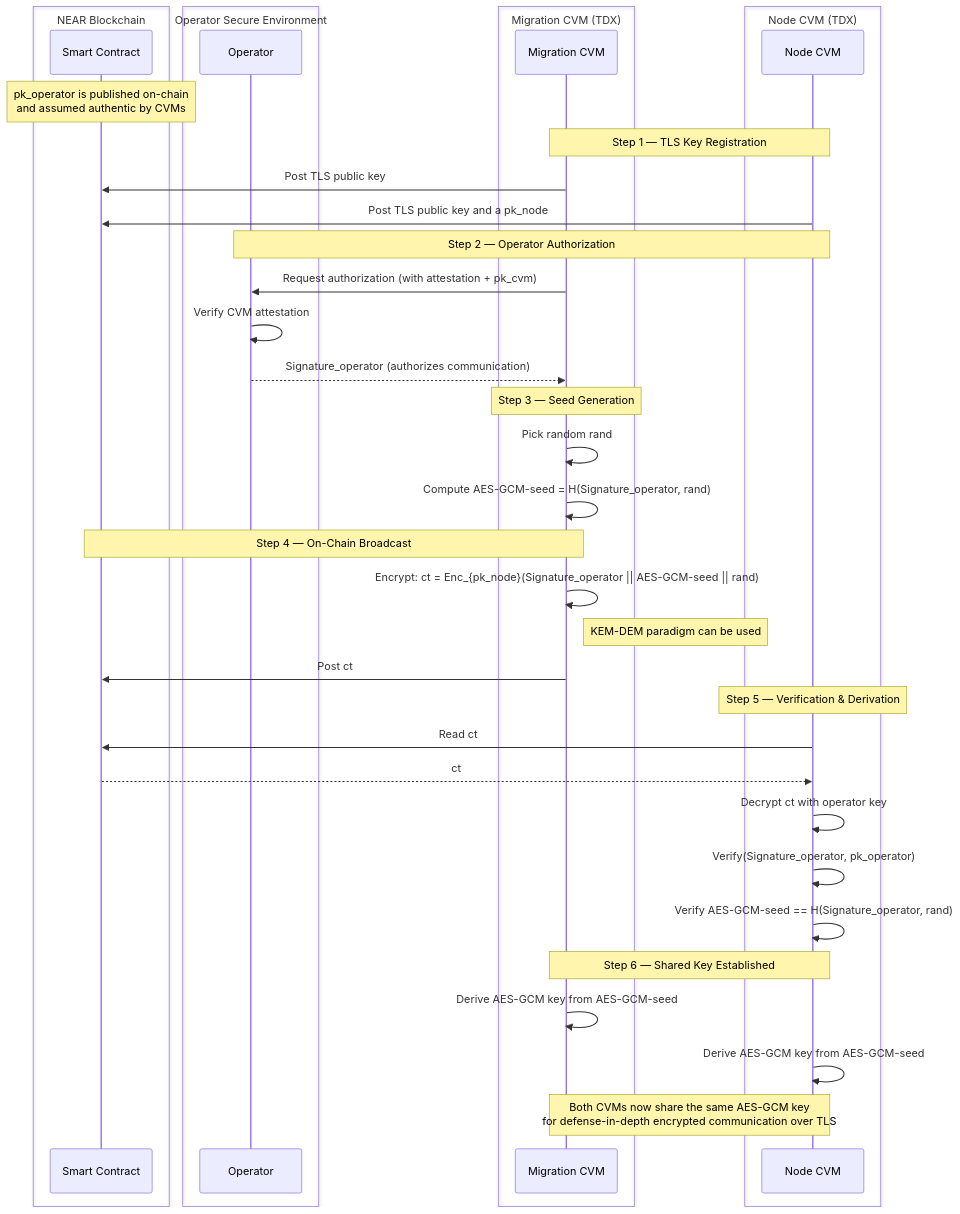
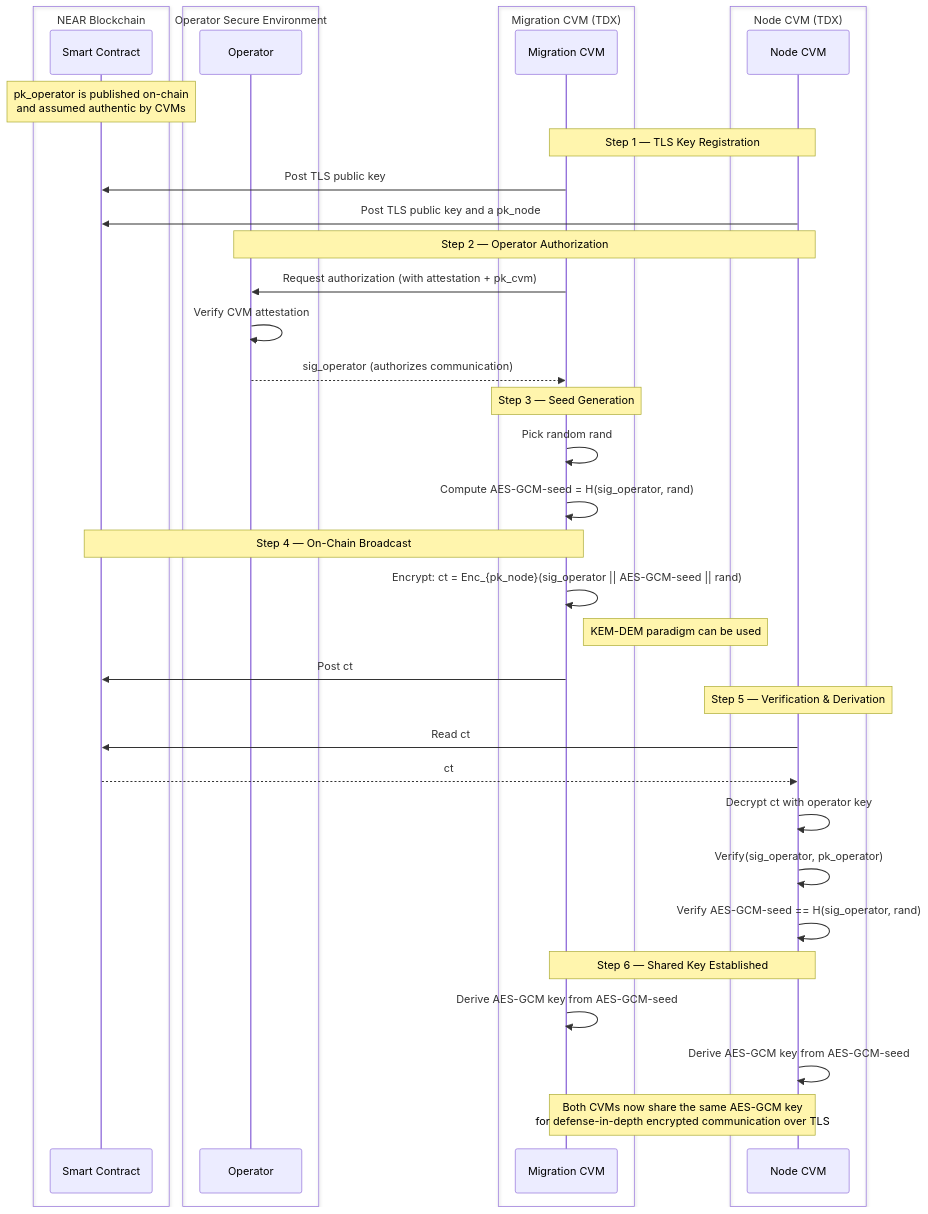
One commit to near/mpc changed the fourth of 5 diagrams in docs/threat-model-diagram.md. Above: the diagram before and after it, drawn with Mermaid. The commit also changed other lines of this file, not shown here.

````diff
--- a/docs/threat-model-diagram.md
+++ b/docs/threat-model-diagram.md
@@ -369,47 +369,47 @@
 ```mermaid
 sequenceDiagram
     box NEAR Blockchain
         participant BC as Smart Contract
     end
     box Operator Secure Environment
         participant OP as Operator
     end
     box Migration CVM (TDX)
         participant MIG as Migration CVM
     end
     box Node CVM (TDX)
         participant NODE as Node CVM
     end
 
     Note over BC: pk_operator is published on-chain<br/>and assumed authentic by CVMs
 
     Note over MIG,NODE: Step 1 — TLS Key Registration
     MIG ->> BC: Post TLS public key
     NODE ->> BC: Post TLS public key and a pk_node
 
     Note over OP,NODE: Step 2 — Operator Authorization
     MIG ->> OP: Request authorization (with attestation + pk_cvm)
     OP ->> OP: Verify CVM attestation
-    OP -->> MIG: Signature_operator (authorizes communication)
+    OP -->> MIG: sig_operator (authorizes communication)
 
     Note over MIG: Step 3 — Seed Generation
     MIG ->> MIG: Pick random rand
-    MIG ->> MIG: Compute AES-GCM-seed = H(Signature_operator, rand)
+    MIG ->> MIG: Compute AES-GCM-seed = H(sig_operator, rand)
 
     Note over MIG,BC: Step 4 — On-Chain Broadcast
-    MIG ->> MIG: Encrypt: ct = Enc_{pk_node}(Signature_operator || AES-GCM-seed || rand)
+    MIG ->> MIG: Encrypt: ct = Enc_{pk_node}(sig_operator || AES-GCM-seed || rand)
     Note right of MIG: KEM-DEM paradigm can be used
     MIG ->> BC: Post ct
 
     Note over NODE: Step 5 — Verification & Derivation
     NODE ->> BC: Read ct
     BC -->> NODE: ct
     NODE ->> NODE: Decrypt ct with operator key
-    NODE ->> NODE: Verify(Signature_operator, pk_operator)
-    NODE ->> NODE: Verify AES-GCM-seed == H(Signature_operator, rand)
+    NODE ->> NODE: Verify(sig_operator, pk_operator)
+    NODE ->> NODE: Verify AES-GCM-seed == H(sig_operator, rand)
 
     Note over MIG,NODE: Step 6 — Shared Key Established
     MIG ->> MIG: Derive AES-GCM key from AES-GCM-seed
     NODE ->> NODE: Derive AES-GCM key from AES-GCM-seed
     Note over MIG,NODE: Both CVMs now share the same AES-GCM key<br/>for defense-in-depth encrypted communication over TLS
 ```
````
